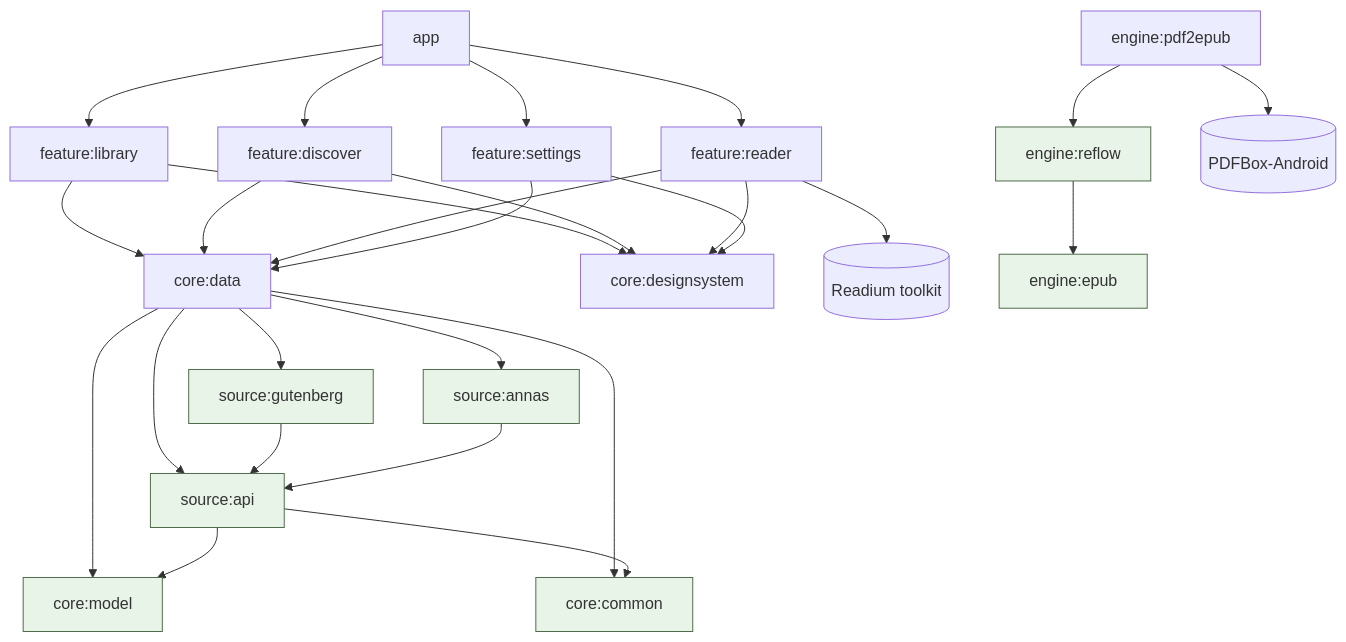
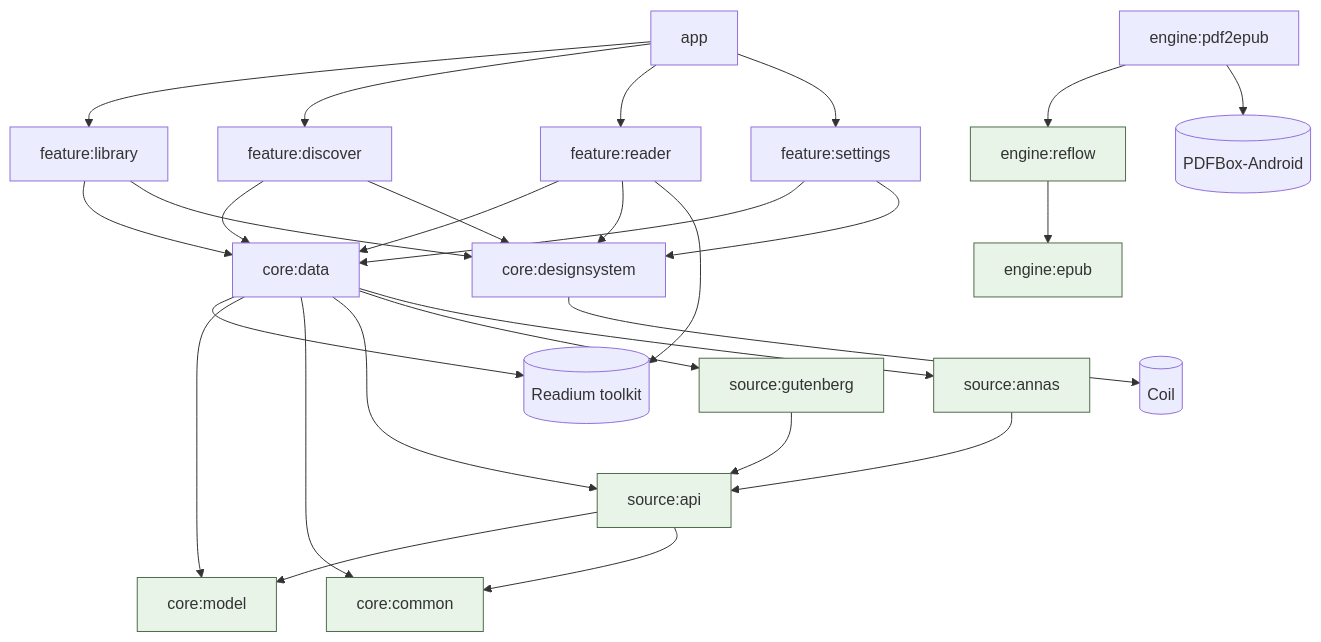
The diagram in docs/ARCHITECTURE.md (TBLgGamin/readana), drawn with Mermaid before and after one commit. The commit also changed other lines of this file and 5 other files, not shown here.

````diff
--- a/docs/ARCHITECTURE.md
+++ b/docs/ARCHITECTURE.md
@@ -9,35 +9,37 @@
 ```mermaid
 graph TD
     app --> feature_library[feature:library]
     app --> feature_discover[feature:discover]
     app --> feature_reader[feature:reader]
     app --> feature_settings[feature:settings]
 
     feature_library --> core_data[core:data]
     feature_discover --> core_data
     feature_reader --> core_data
     feature_settings --> core_data
     feature_library --> core_designsystem[core:designsystem]
     feature_discover --> core_designsystem
     feature_reader --> core_designsystem
     feature_settings --> core_designsystem
     feature_reader --> readium[(Readium toolkit)]
+    core_designsystem --> coil[(Coil)]
 
+    core_data --> readium
     core_data --> core_model[core:model]
     core_data --> core_common[core:common]
     core_data --> source_api[source:api]
     core_data --> source_gutenberg[source:gutenberg]
     core_data --> source_annas[source:annas]
 
     source_gutenberg --> source_api
     source_annas --> source_api
     source_api --> core_model
     source_api --> core_common
 
     engine_pdf2epub[engine:pdf2epub] --> engine_reflow[engine:reflow]
     engine_pdf2epub --> pdfbox[(PDFBox-Android)]
     engine_reflow --> engine_epub[engine:epub]
 
     classDef jvm fill:#e8f4e8,stroke:#4f6d4a;
     class core_model,core_common,source_api,source_gutenberg,source_annas,engine_reflow,engine_epub jvm;
 ```
````
